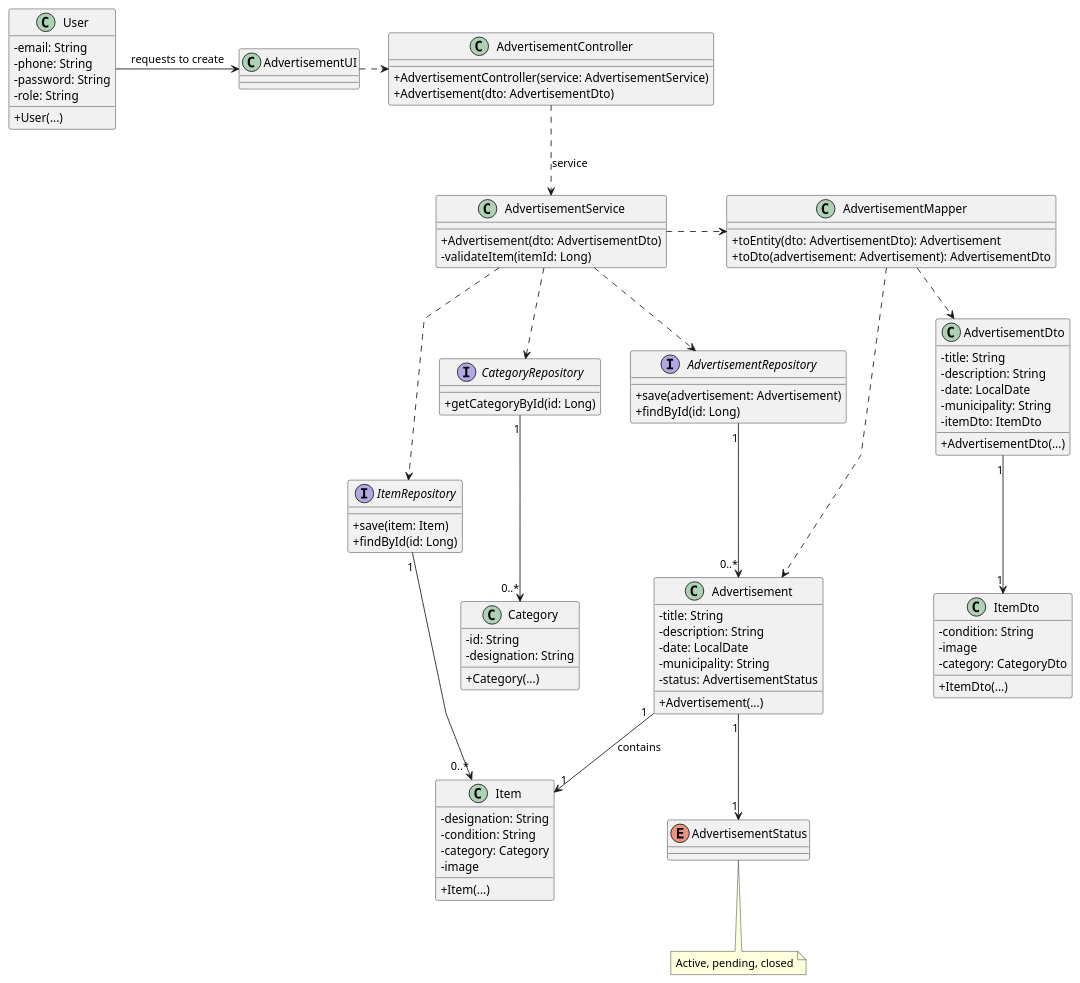
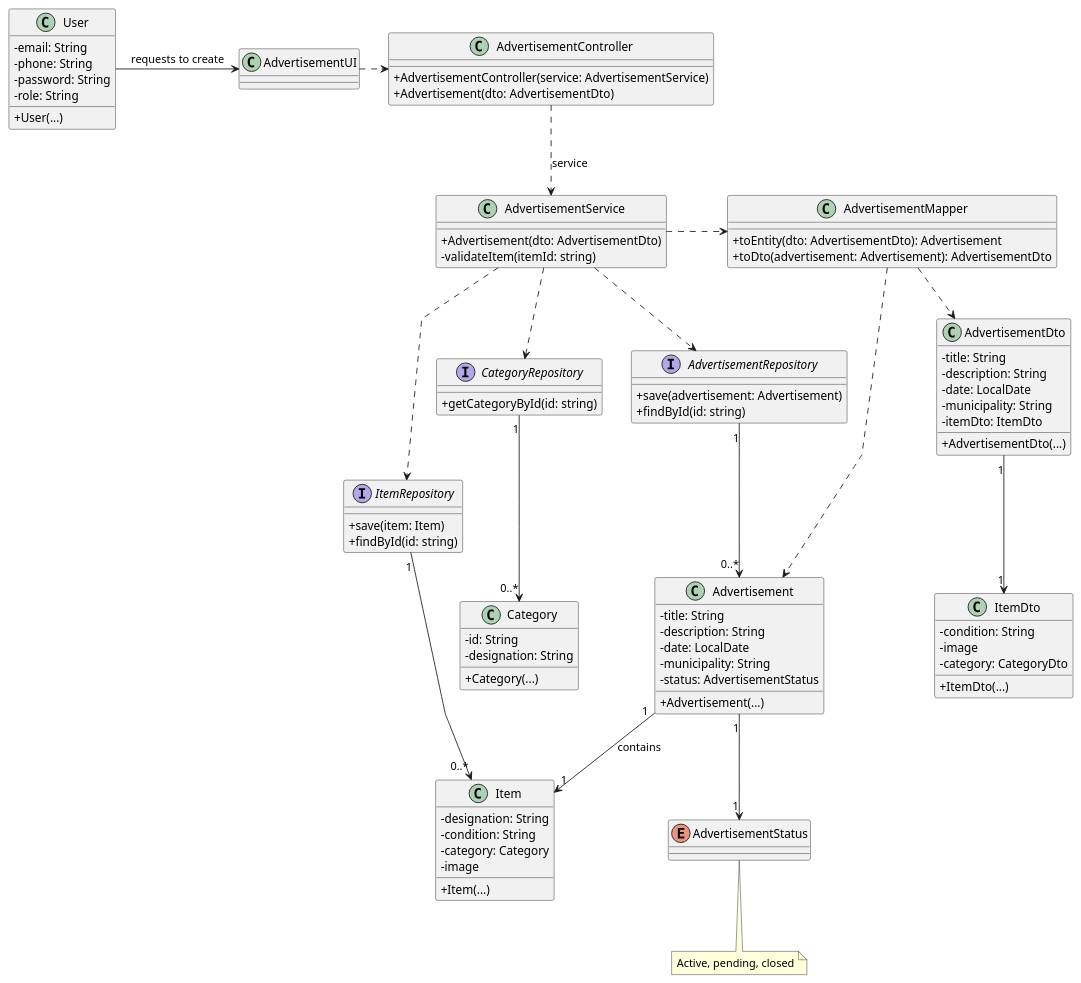
Before and after one commit to vivianeaalmeida/ComeAndGet: the diagram in Docs/US13/03-design/US13-CD.puml, drawn with PlantUML. The commit also changed 23 other files, not shown here.

```diff
--- a/Docs/US13/03-design/US13-CD.puml
+++ b/Docs/US13/03-design/US13-CD.puml
@@ -1,112 +1,112 @@
 @startuml
 skinparam packageStyle rectangle
 skinparam shadowing false
 skinparam linetype polyline
 skinparam classAttributeIconSize 0
 
 class User {
     - email: String
     - phone: String
     - password: String
     - role: String
     + User(...)
 }
 
 class Item {
     - designation: String
     - condition: String
     - category: Category
     - image
     + Item(...)
 }
 
 class ItemDto {
     - condition: String
     - image
     - category: CategoryDto
     + ItemDto(...)
 }
 
 class Category {
     - id: String
     - designation: String
     + Category(...)
 }
 
 class AdvertisementDto {
     - title: String
     - description: String
     - date: LocalDate
     - municipality: String
     - itemDto: ItemDto
     + AdvertisementDto(...)
 }
 
 class Advertisement {
     - title: String
     - description: String
     - date: LocalDate
     - municipality: String
     - status: AdvertisementStatus
     + Advertisement(...)
 }
 
 enum AdvertisementStatus {
 }
 
 interface CategoryRepository {
-    + getCategoryById(id: Long)
+    + getCategoryById(id: string)
 }
 interface AdvertisementRepository {
     + save(advertisement: Advertisement)
-    + findById(id: Long)
+    + findById(id: string)
 }
 interface ItemRepository {
     + save(item: Item)
-    + findById(id: Long)
+    + findById(id: string)
 }
 
 class AdvertisementMapper {
     + toEntity(dto: AdvertisementDto): Advertisement
     + toDto(advertisement: Advertisement): AdvertisementDto
 }
 
 class AdvertisementService {
     + Advertisement(dto: AdvertisementDto)
-    - validateItem(itemId: Long)
+    - validateItem(itemId: string)
 }
 
 class AdvertisementController {
     + AdvertisementController(service: AdvertisementService)
     + Advertisement(dto: AdvertisementDto)
 }
 
 class AdvertisementUI
 
 ' --- Relacionamentos ---
 AdvertisementUI .> AdvertisementController
 
 AdvertisementController ..> AdvertisementService : service
 
 AdvertisementService .> AdvertisementMapper
 AdvertisementService ..> AdvertisementRepository
 AdvertisementService ..> CategoryRepository
 AdvertisementService ..> ItemRepository
 
 ItemRepository "1" -> "0..*" Item
 CategoryRepository "1" --> "0..*" Category
 AdvertisementRepository "1" --> "0..*" Advertisement
 
 User -> AdvertisementUI : requests to create
 
 Advertisement "1" --> "1" AdvertisementStatus
 Advertisement "1" --> "1" Item : contains
 AdvertisementMapper ..> AdvertisementDto
 AdvertisementMapper ..> Advertisement
 
 AdvertisementDto "1" --> "1" ItemDto
 note bottom of AdvertisementStatus
 Active, pending, closed
 endnote
 
 @enduml
```
